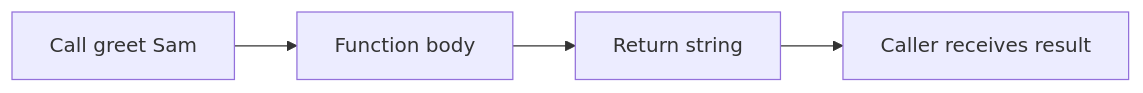
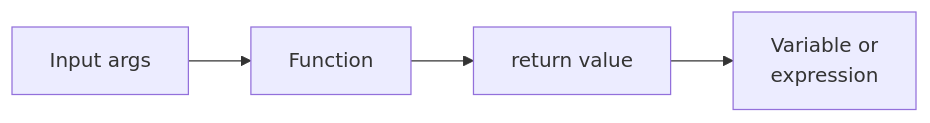
One commit to ritzrmx/Masai_Curriculum changed the fourth of 7 diagrams in IITP_AIML_Regional/IITP-AIMLT-2606/Module 1- Foundations of Data/Session 6- Writing Reusable Code with Functions/pre-read: Writing Reusable Code with Functions.md. Above: the diagram before and after it, drawn with Mermaid. The commit also changed other lines of this file and 38 other files, not shown here.

````diff
--- a/IITP_AIML_Regional/IITP-AIMLT-2606/Module 1- Foundations of Data/Session 6- Writing Reusable Code with Functions/pre-read: Writing Reusable Code with Functions.md
+++ b/IITP_AIML_Regional/IITP-AIMLT-2606/Module 1- Foundations of Data/Session 6- Writing Reusable Code with Functions/pre-read: Writing Reusable Code with Functions.md
@@ -85,6 +194,6 @@
 ```mermaid
 flowchart LR
-    C[Call greet Sam] --> F[Function body]
-    F --> R[Return string]
-    R --> O[Caller receives result]
+    I[Input args] --> F[Function]
+    F --> R[return value]
+    R --> V[Variable or\nexpression]
 ```
````
